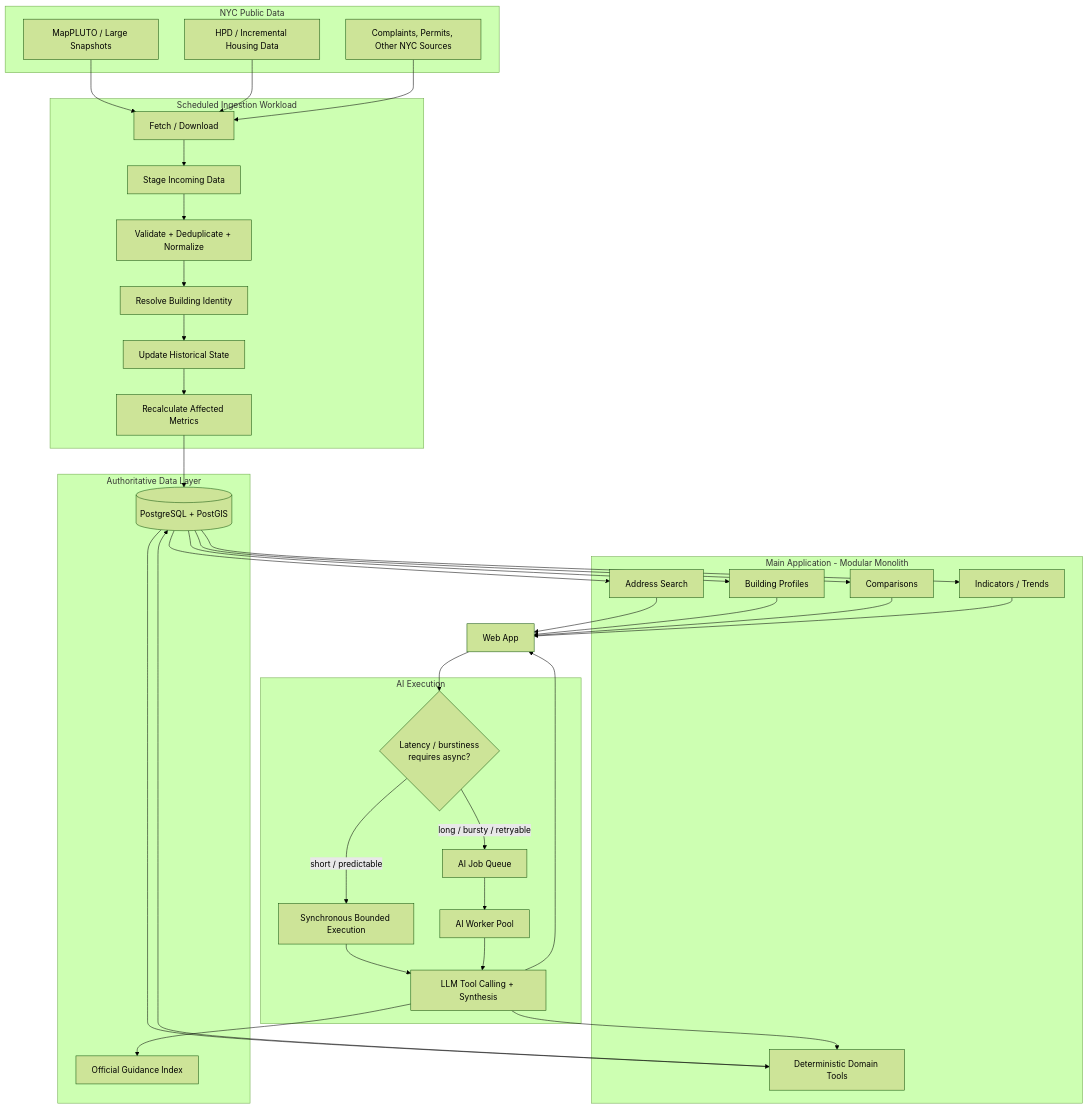
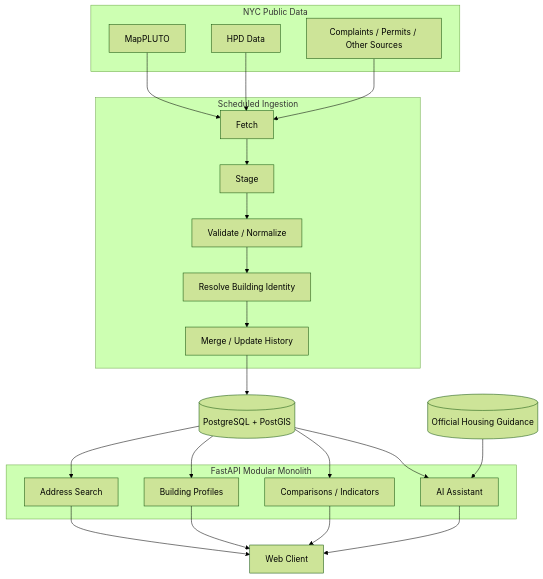
One commit to MuhammadYassa/nyc-housing-intelligence changed the first of 2 diagrams in README.md. Above: the diagram before and after it, drawn with Mermaid (forest theme). The commit also changed other lines of this file, not shown here.

````diff
--- a/README.md
+++ b/README.md
@@ -178,66 +25,44 @@
 ```mermaid
 flowchart TB
     subgraph Sources[NYC Public Data]
-        MPLUTO[MapPLUTO / Large Snapshots]
-        HPD[HPD / Incremental Housing Data]
-        OTHER[Complaints, Permits, Other NYC Sources]
+        MAP[MapPLUTO]
+        HPD[HPD Data]
+        OTHER[Complaints / Permits / Other Sources]
     end
 
-    subgraph Ingestion[Scheduled Ingestion Workload]
-        FETCH[Fetch / Download]
-        STAGE[Stage Incoming Data]
-        VALIDATE[Validate + Deduplicate + Normalize]
+    subgraph Ingestion[Scheduled Ingestion]
+        FETCH[Fetch]
+        STAGE[Stage]
+        VALIDATE[Validate / Normalize]
         RESOLVE[Resolve Building Identity]
-        HISTORY[Update Historical State]
-        METRICS[Recalculate Affected Metrics]
+        MERGE[Merge / Update History]
     end
 
-    subgraph Data[Authoritative Data Layer]
-        PG[(PostgreSQL + PostGIS)]
-        DOCS[Official Guidance Index]
+    DB[(PostgreSQL + PostGIS)]
+
+    subgraph Backend[FastAPI Modular Monolith]
+        SEARCH[Address Search]
+        PROFILE[Building Profiles]
+        COMPARE[Comparisons / Indicators]
+        AI[AI Assistant]
     end
 
-    subgraph App[Main Application - Modular Monolith]
-        SEARCH[Address Search]
-        PROFILE[Building Profiles]
-        COMPARE[Comparisons]
-        INDICATORS[Indicators / Trends]
-        TOOLS[Deterministic Domain Tools]
-    end
+    DOCS[(Official Housing Guidance)]
+    WEB[Web Client]
 
-    subgraph AI[AI Execution]
-        ROUTE{Latency / burstiness<br/>requires async?}
-        SYNC[Synchronous Bounded Execution]
-        QUEUE[AI Job Queue]
-        WORKERS[AI Worker Pool]
-        LLM[LLM Tool Calling + Synthesis]
-    end
-
-    WEB[Web App]
-
-    MPLUTO --> FETCH
+    MAP --> FETCH
     HPD --> FETCH
     OTHER --> FETCH
-    FETCH --> STAGE --> VALIDATE --> RESOLVE --> HISTORY --> METRICS --> PG
+    FETCH --> STAGE --> VALIDATE --> RESOLVE --> MERGE --> DB
 
-    PG --> SEARCH
-    PG --> PROFILE
-    PG --> COMPARE
-    PG --> INDICATORS
-    PG --> TOOLS
+    DB --> SEARCH
+    DB --> PROFILE
+    DB --> COMPARE
+    DB --> AI
+    DOCS --> AI
 
     SEARCH --> WEB
     PROFILE --> WEB
     COMPARE --> WEB
-    INDICATORS --> WEB
-
-    WEB --> ROUTE
-    ROUTE -->|short / predictable| SYNC
-    ROUTE -->|long / bursty / retryable| QUEUE --> WORKERS
-    SYNC --> LLM
-    WORKERS --> LLM
-    LLM --> TOOLS
-    LLM --> DOCS
-    TOOLS --> PG
-    LLM --> WEB
+    AI --> WEB
 ```
````
